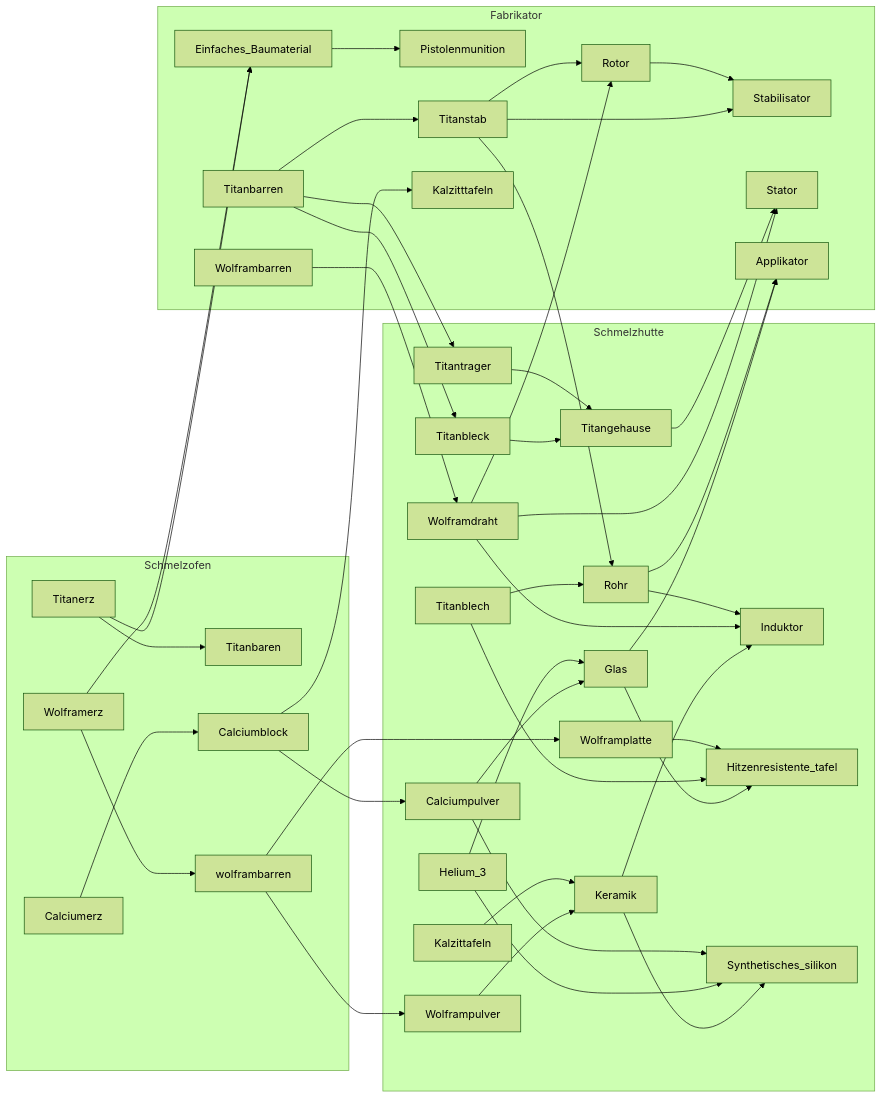
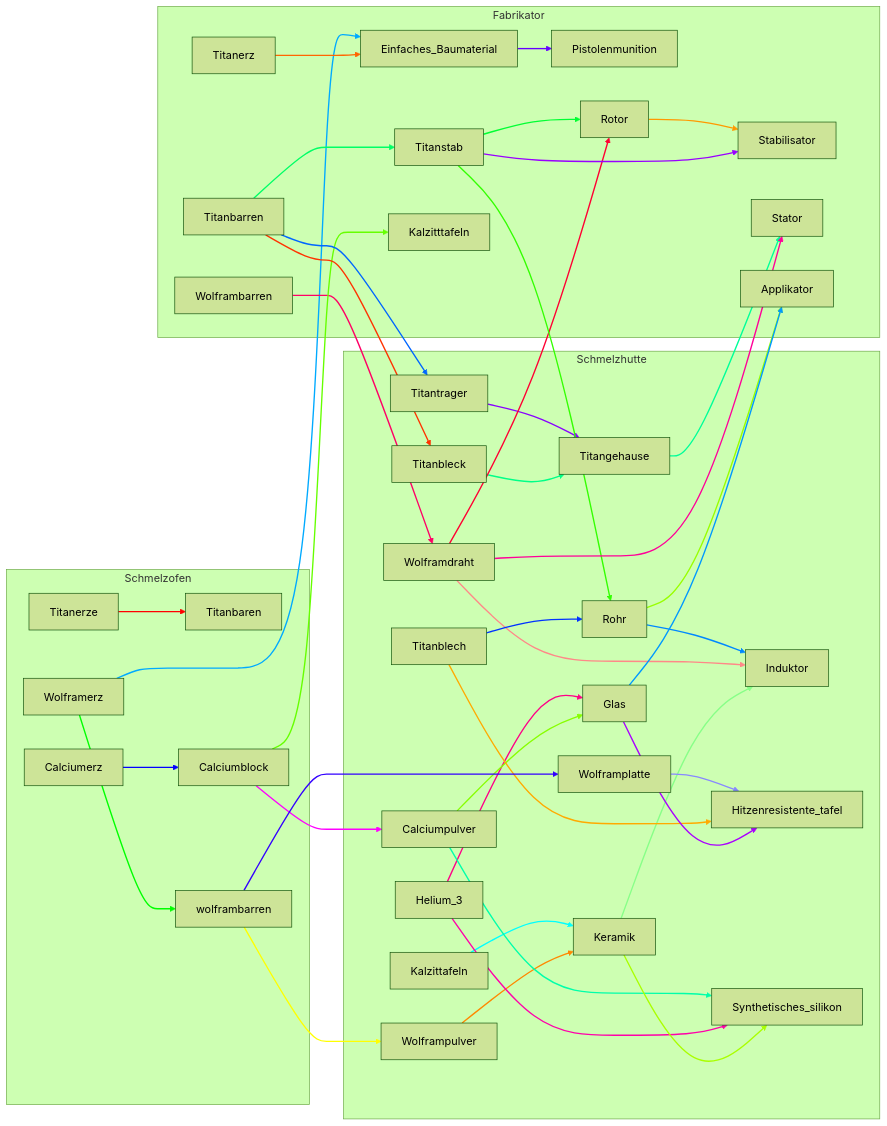
One commit to andrevdl/StarRuptere changed the diagram in tree.md. Above: the diagram before and after it, drawn with Mermaid (forest theme).

````diff
--- a/tree.md
+++ b/tree.md
@@ -1,48 +1,94 @@
 ```mermaid
+---
+config:
+  flowchart:
+    
+---
 graph LR;
     subgraph Schmelzofen
-    Titanerz-->Titanbaren;
-    Wolframerz-->wolframbarren;
-    Calciumerz-->Calciumblock;
+        Titanerze--> Titanbaren;
+        Wolframerz-->wolframbarren;
+        Calciumerz-->Calciumblock;
     end
     subgraph Schmelzhutte
-    wolframbarren-->Wolframpulver;
-    Calciumblock-->Calciumpulver;
-    Kalzittafeln-->Keramik
-    Wolframpulver-->Keramik;
-    Titantrager-->Titangehause;
-    Titanbleck-->Titangehause;
-    Helium_3-->Glas
-    Calciumpulver-->Glas;
-    Rohr-->Induktor;
-    Wolframdraht-->Induktor;
-    Keramik-->Induktor;
-    Wolframplatte-->Hitzenresistente_tafel;
-    Titanblech-->Hitzenresistente_tafel;
-    Glas-->Hitzenresistente_tafel;
-    Calciumpulver-->Synthetisches_silikon;
-    Helium_3-->Synthetisches_silikon;
-    Keramik-->Synthetisches_silikon;
+        wolframbarren-->Wolframpulver;
+        Calciumblock-->Calciumpulver;
+        Kalzittafeln-->Keramik
+        Wolframpulver-->Keramik;
+        Titantrager-->Titangehause;
+        Titanbleck-->Titangehause;
+        Helium_3-->Glas
+        Calciumpulver-->Glas;
+        Rohr-->Induktor;
+        Wolframdraht-->Induktor;
+        Keramik-->Induktor;
+        Wolframplatte-->Hitzenresistente_tafel;
+        Titanblech-->Hitzenresistente_tafel;
+        Glas-->Hitzenresistente_tafel;
+        Calciumpulver-->Synthetisches_silikon;
+        Helium_3-->Synthetisches_silikon;
+        Keramik-->Synthetisches_silikon;
     end
     subgraph Fabrikator
-    Wolframerz-->Einfaches_Baumaterial;
-    Titanerz-->Einfaches_Baumaterial;
-    Einfaches_Baumaterial-->Pistolenmunition;
-    Titanbarren-->Titanstab;
-    Wolframbarren-->Wolframdraht;
-    Calciumblock-->Kalzitttafeln;
-    Titanbarren-->Titantrager;
-    Titanbarren-->Titanbleck;
-    wolframbarren-->Wolframplatte;
-    Titanstab-->Rotor;
-    Wolframdraht-->Rotor;
-    Titanstab-->Rohr;
-    Titanblech-->Rohr;
-    Rotor-->Stabilisator;
-    Titanstab-->Stabilisator;
-    Titangehause-->Stator;
-    Wolframdraht-->Stator;
-    Rohr-->Applikator;
-    Glas-->Applikator;
+        Wolframerz-->Einfaches_Baumaterial;
+        Titanerz-->Einfaches_Baumaterial;
+        Einfaches_Baumaterial-->Pistolenmunition;
+        Titanbarren-->Titanstab;
+        Wolframbarren-->Wolframdraht;
+        Calciumblock-->Kalzitttafeln;
+        Titanbarren-->Titantrager;
+        Titanbarren-->Titanbleck;
+        wolframbarren-->Wolframplatte;
+        Titanstab-->Rotor;
+        Wolframdraht-->Rotor;
+        Titanstab-->Rohr;
+        Titanblech-->Rohr;
+        Rotor-->Stabilisator;
+        Titanstab-->Stabilisator;
+        Titangehause-->Stator;
+        Wolframdraht-->Stator;
+        Rohr-->Applikator;
+        Glas-->Applikator;
     end
+
+linkStyle 0 stroke:#ff0000,stroke-width:2px
+linkStyle 1 stroke:#00ff00,stroke-width:2px
+linkStyle 2 stroke:#0000ff,stroke-width:2px
+linkStyle 3 stroke:#ffff00,stroke-width:2px
+linkStyle 4 stroke:#ff00ff,stroke-width:2px
+linkStyle 5 stroke:#00ffff,stroke-width:2px
+linkStyle 6 stroke:#ff8800,stroke-width:2px
+linkStyle 7 stroke:#8800ff,stroke-width:2px
+linkStyle 8 stroke:#00ff88,stroke-width:2px
+linkStyle 9 stroke:#ff0088,stroke-width:2px
+linkStyle 10 stroke:#88ff00,stroke-width:2px
+linkStyle 11 stroke:#0088ff,stroke-width:2px
+linkStyle 12 stroke:#ff8888,stroke-width:2px
+linkStyle 13 stroke:#88ff88,stroke-width:2px
+linkStyle 14 stroke:#8888ff,stroke-width:2px
+linkStyle 15 stroke:#ffaa00,stroke-width:2px
+linkStyle 16 stroke:#aa00ff,stroke-width:2px
+linkStyle 17 stroke:#00ffaa,stroke-width:2px
+linkStyle 18 stroke:#ff00aa,stroke-width:2px
+linkStyle 19 stroke:#aaff00,stroke-width:2px
+linkStyle 20 stroke:#00aaff,stroke-width:2px
+linkStyle 21 stroke:#ff6600,stroke-width:2px
+linkStyle 22 stroke:#6600ff,stroke-width:2px
+linkStyle 23 stroke:#00ff66,stroke-width:2px
+linkStyle 24 stroke:#ff0066,stroke-width:2px
+linkStyle 25 stroke:#66ff00,stroke-width:2px
+linkStyle 26 stroke:#0066ff,stroke-width:2px
+linkStyle 27 stroke:#ff3300,stroke-width:2px
+linkStyle 28 stroke:#3300ff,stroke-width:2px
+linkStyle 29 stroke:#00ff33,stroke-width:2px
+linkStyle 30 stroke:#ff0033,stroke-width:2px
+linkStyle 31 stroke:#33ff00,stroke-width:2px
+linkStyle 32 stroke:#0033ff,stroke-width:2px
+linkStyle 33 stroke:#ff9900,stroke-width:2px
+linkStyle 34 stroke:#9900ff,stroke-width:2px
+linkStyle 35 stroke:#00ff99,stroke-width:2px
+linkStyle 36 stroke:#ff0099,stroke-width:2px
+linkStyle 37 stroke:#99ff00,stroke-width:2px
+linkStyle 38 stroke:#0099ff,stroke-width:2px
+
 ```
````
